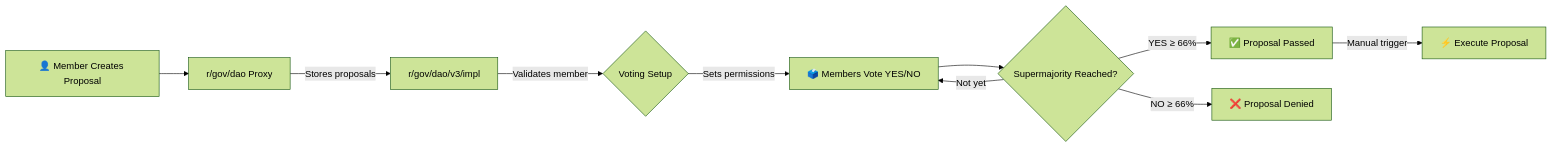
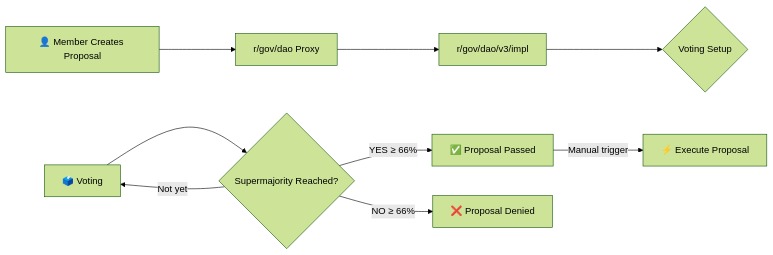
The diagram in gno-tutorials/short-tutorials/10-GovDAO/slides.md (samouraiworld/peerdev), drawn with Mermaid (forest theme) before and after one commit. The commit also changed other lines of this file, not shown here.

Commit message:
fix: update GovDAO flow diagram for clarity and structure

````diff
--- a/gno-tutorials/short-tutorials/10-GovDAO/slides.md
+++ b/gno-tutorials/short-tutorials/10-GovDAO/slides.md
@@ -108,12 +108,12 @@
 ```mermaid
 graph LR
     A[👤 Member Creates Proposal] --> B[r/gov/dao Proxy]
-    B -->|Stores proposals| C[r/gov/dao/v3/impl]
-    C -->|Validates member| D{Voting Setup}
-    D -->|Sets permissions| E[🗳️ Members Vote YES/NO]
-    E --> F{Supermajority Reached?}
-    F -->|YES ≥ 66%| G[✅ Proposal Passed]
-    F -->|NO ≥ 66%| H[❌ Proposal Denied]
-    G -->|Manual trigger| I[⚡ Execute Proposal]
-    F -->|Not yet| E
+    B --> C[r/gov/dao/v3/impl]
+    C --> D{Voting Setup}
+
+    F[🗳️ Voting] --> G{Supermajority Reached?}
+    G -->|YES ≥ 66%| H[✅ Proposal Passed]
+    G -->|NO ≥ 66%| I[❌ Proposal Denied]
+    G -->|Not yet| F
+    H -->|Manual trigger| J[⚡ Execute Proposal]
 ```
````
